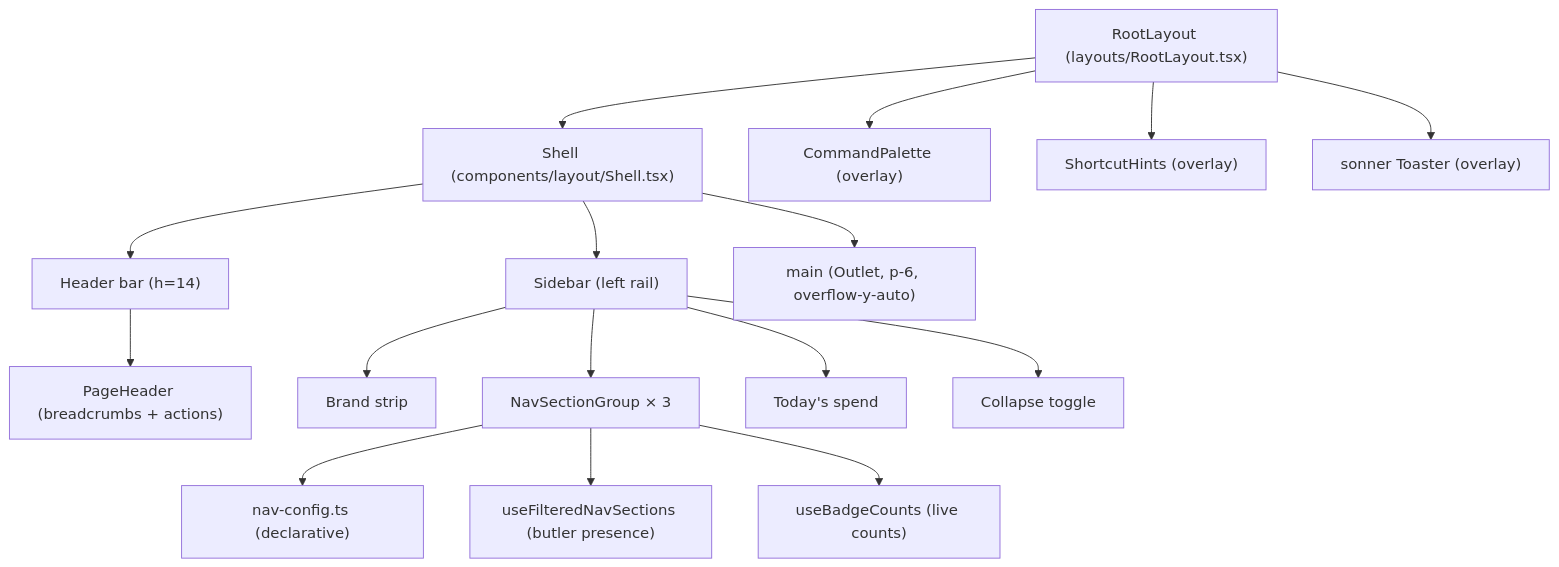
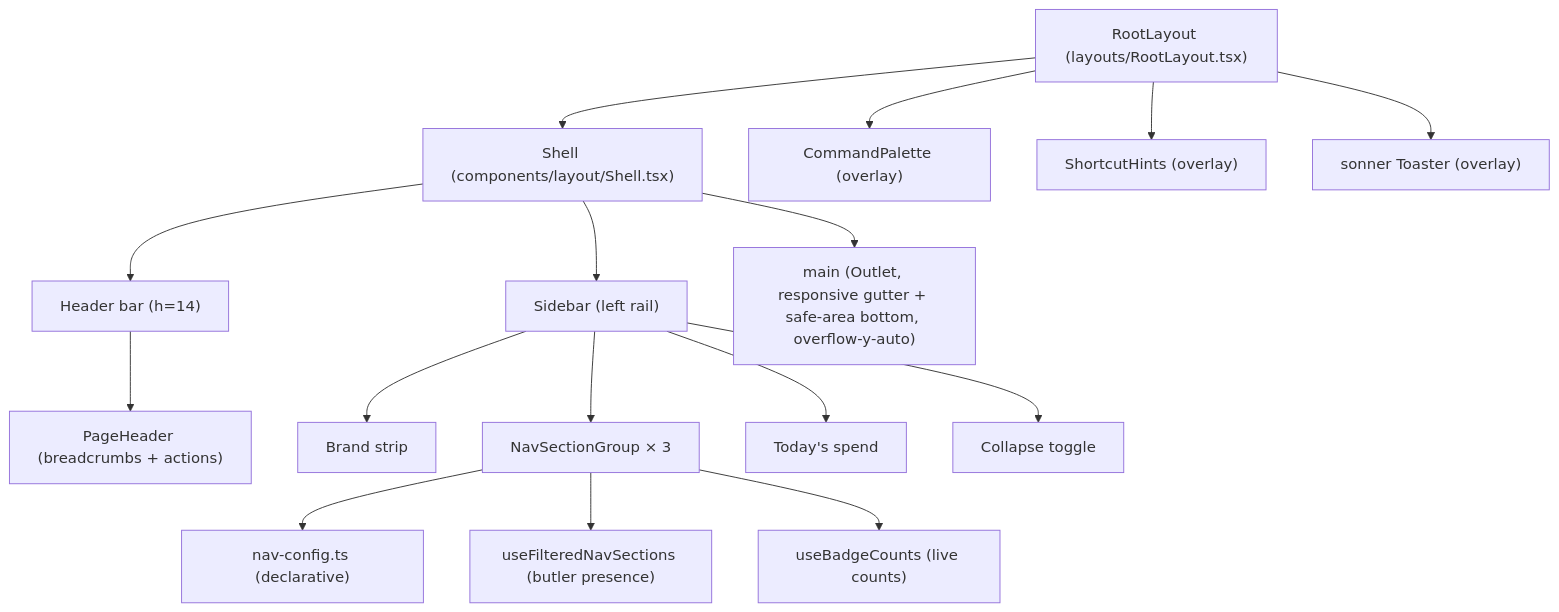
One commit to tzeusy-org/butlers changed the first of 2 diagrams in about/lay-and-land/frontend.md. Above: the diagram before and after it, drawn with Mermaid. The commit also changed other lines of this file and 3 other files, not shown here.

````diff
--- a/about/lay-and-land/frontend.md
+++ b/about/lay-and-land/frontend.md
@@ -19,23 +19,23 @@
 ```mermaid
 graph TB
     Root["RootLayout (layouts/RootLayout.tsx)"]
     Root --> Shell["Shell (components/layout/Shell.tsx)"]
     Root --> CmdPalette["CommandPalette (overlay)"]
     Root --> Hints["ShortcutHints (overlay)"]
     Root --> Toaster["sonner Toaster (overlay)"]
 
     Shell --> Sidebar["Sidebar (left rail)"]
     Shell --> TopBar["Header bar (h=14)"]
-    Shell --> Main["main (Outlet, p-6, overflow-y-auto)"]
+    Shell --> Main["main (Outlet, responsive gutter + safe-area bottom, overflow-y-auto)"]
 
     TopBar --> PageHeader["PageHeader (breadcrumbs + actions)"]
 
     Sidebar --> Brand["Brand strip"]
     Sidebar --> NavList["NavSectionGroup × 3"]
     Sidebar --> Footer["Today's spend"]
     Sidebar --> Collapse["Collapse toggle"]
 
     NavList --> NavConfig["nav-config.ts (declarative)"]
     NavList --> Filter["useFilteredNavSections (butler presence)"]
     NavList --> Badges["useBadgeCounts (live counts)"]
 ```
````
